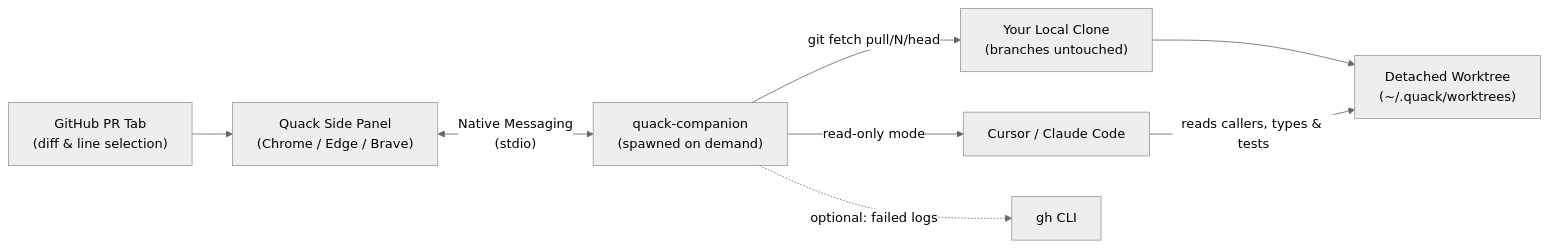
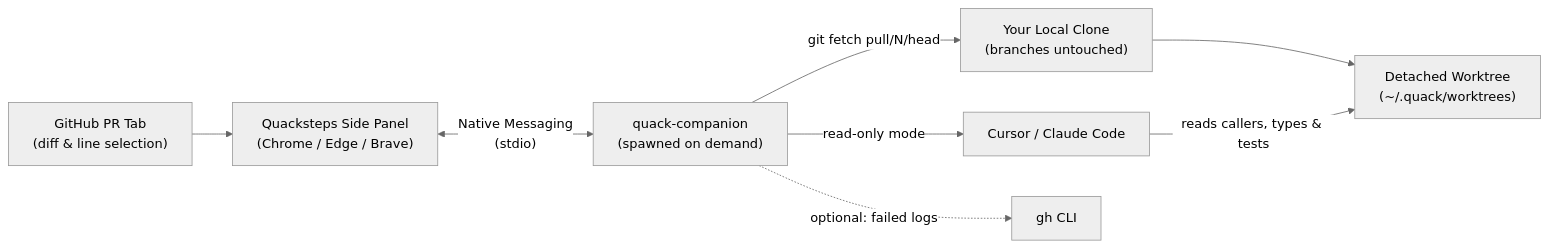
Before and after one commit to oicramps/quack: the diagram in README.md, drawn with Mermaid (neutral theme). The commit also changed other lines of this file and 59 other files, not shown here.

````diff
--- a/README.md
+++ b/README.md
@@ -7,10 +7,10 @@
 ```mermaid
 flowchart LR
-  GH["GitHub PR Tab<br/>(diff & line selection)"] --> EXT["Quack Side Panel<br/>(Chrome / Edge / Brave)"]
+  GH["GitHub PR Tab<br/>(diff & line selection)"] --> EXT["Quacksteps Side Panel<br/>(Chrome / Edge / Brave)"]
   EXT <-->|"Native Messaging<br/>(stdio)"| COMP["quack-companion<br/>(spawned on demand)"]
   COMP -->|"git fetch pull/N/head"| CLONE["Your Local Clone<br/>(branches untouched)"]
   CLONE --> WT["Detached Worktree<br/>(~/.quack/worktrees)"]
   COMP -->|"read-only mode"| AI["Cursor / Claude Code"]
   AI -->|"reads callers, types & tests"| WT
   COMP -.->|"optional: failed logs"| GHCLI["gh CLI"]
 ```
````
